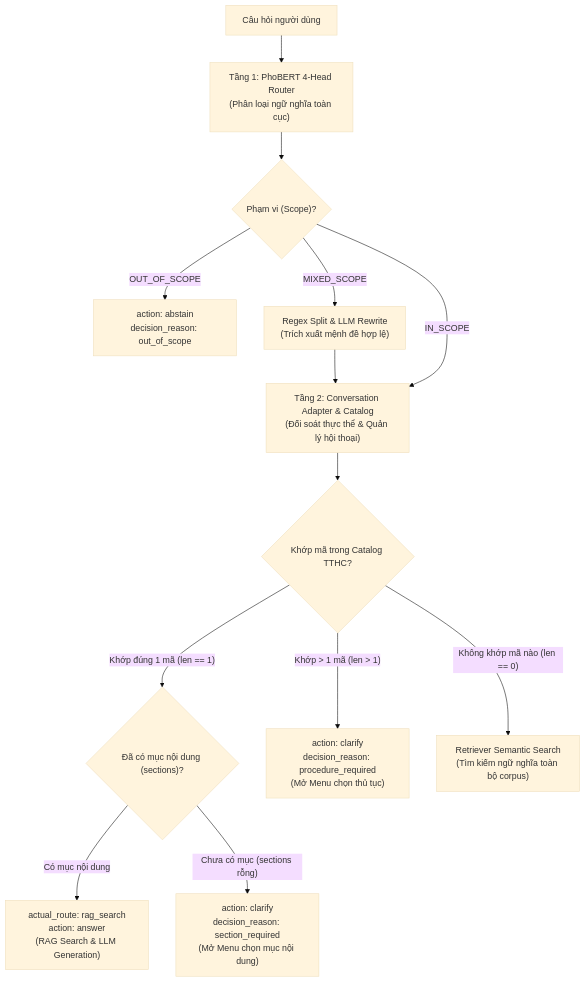
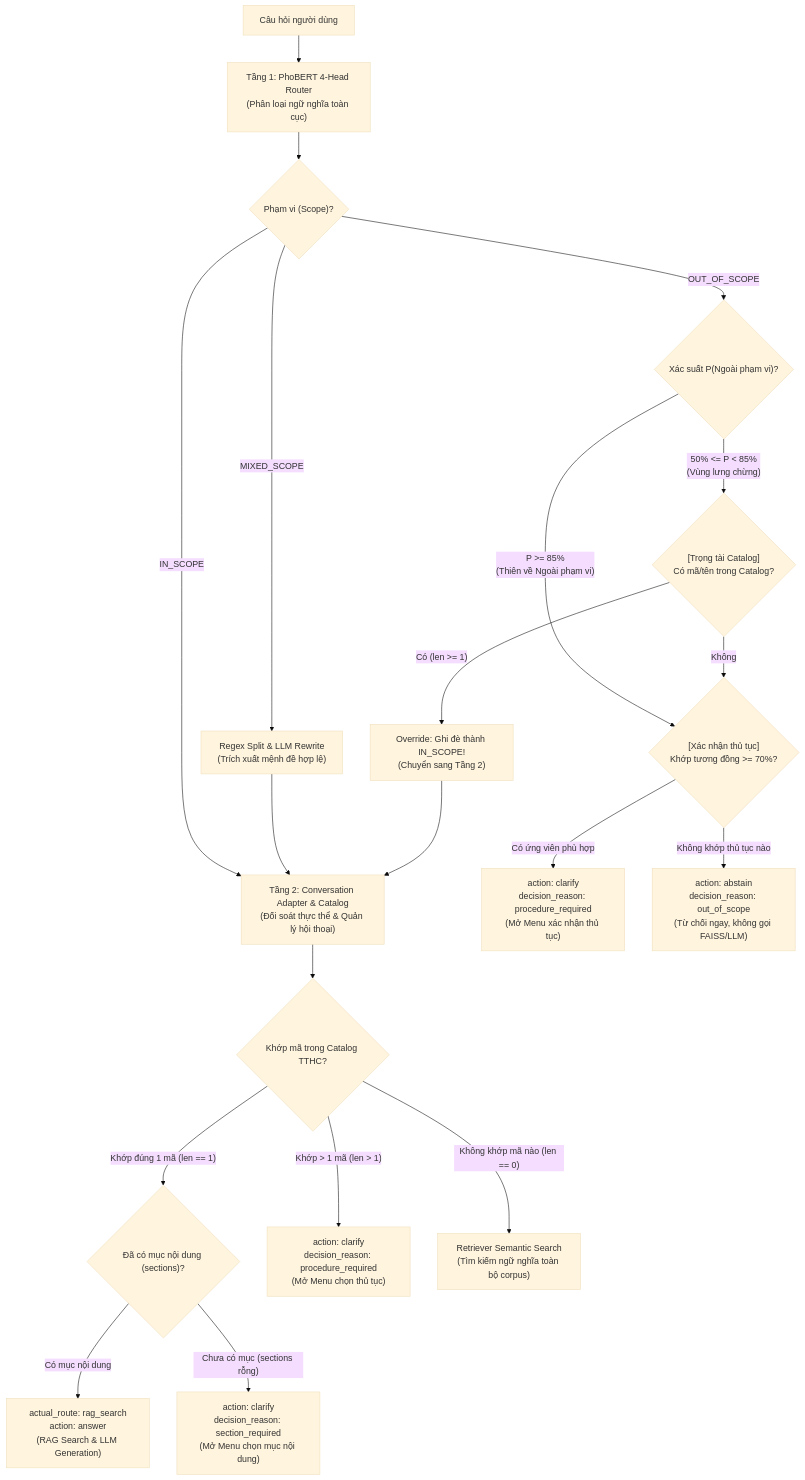
One commit to qtamtensor05/ViGovBot changed the first of 4 diagrams in docs/reports/bao-cao-phan-loai-nhan-va-actions.md. Above: the diagram before and after it, drawn with Mermaid (base theme). The commit also changed other lines of this file and 6 other files, not shown here.

````diff
--- a/docs/reports/bao-cao-phan-loai-nhan-va-actions.md
+++ b/docs/reports/bao-cao-phan-loai-nhan-va-actions.md
@@ -7,18 +7,28 @@
 ```mermaid
 flowchart TD
     UserQuery["Câu hỏi người dùng"] --> T1["Tầng 1: PhoBERT 4-Head Router\n(Phân loại ngữ nghĩa toàn cục)"]
     T1 --> CheckScope{"Phạm vi (Scope)?"}
     
-    CheckScope -- "OUT_OF_SCOPE" --> ActionAbstain["action: abstain\ndecision_reason: out_of_scope"]
+    CheckScope -- "OUT_OF_SCOPE" --> CheckProb{"Xác suất P(Ngoài phạm vi)?"}
+    CheckProb -- "50% <= P < 85%\n(Vùng lưng chừng)" --> ArbScope{"[Trọng tài Catalog]\nCó mã/tên trong Catalog?"}
+    ArbScope -- "Có (len >= 1)" --> OverrideScope["Override: Ghi đè thành IN_SCOPE!\n(Chuyển sang Tầng 2)"]
+    OverrideScope --> T2
+    ArbScope -- "Không" --> CheckConf{"[Xác nhận thủ tục]\nKhớp tương đồng >= 70%?"}
+    
+    CheckProb -- "P >= 85%\n(Thiên về Ngoài phạm vi)" --> CheckConf
+    CheckConf -- "Có ứng viên phù hợp" --> ConfMenu["action: clarify\ndecision_reason: procedure_required\n(Mở Menu xác nhận thủ tục)"]
+    CheckConf -- "Không khớp thủ tục nào" --> ActionAbstain["action: abstain\ndecision_reason: out_of_scope\n(Từ chối ngay, không gọi FAISS/LLM)"]
+
     CheckScope -- "MIXED_SCOPE" --> RegexLLMRewrite["Regex Split & LLM Rewrite\n(Trích xuất mệnh đề hợp lệ)"]
     RegexLLMRewrite --> T2
+
     CheckScope -- "IN_SCOPE" --> T2["Tầng 2: Conversation Adapter & Catalog\n(Đối soát thực thể & Quản lý hội thoại)"]
     
     T2 --> CatalogCheck{"Khớp mã trong Catalog TTHC?"}
     CatalogCheck -- "Khớp đúng 1 mã (len == 1)" --> CheckSection{"Đã có mục nội dung (sections)?"}
     CatalogCheck -- "Khớp > 1 mã (len > 1)" --> ClarifyProc["action: clarify\ndecision_reason: procedure_required\n(Mở Menu chọn thủ tục)"]
     CatalogCheck -- "Không khớp mã nào (len == 0)" --> FallbackSemantic["Retriever Semantic Search\n(Tìm kiếm ngữ nghĩa toàn bộ corpus)"]
     
     CheckSection -- "Có mục nội dung" --> ActionRAG["actual_route: rag_search\naction: answer\n(RAG Search & LLM Generation)"]
     CheckSection -- "Chưa có mục (sections rỗng)" --> ClarifySec["action: clarify\ndecision_reason: section_required\n(Mở Menu chọn mục nội dung)"]
 ```
````
